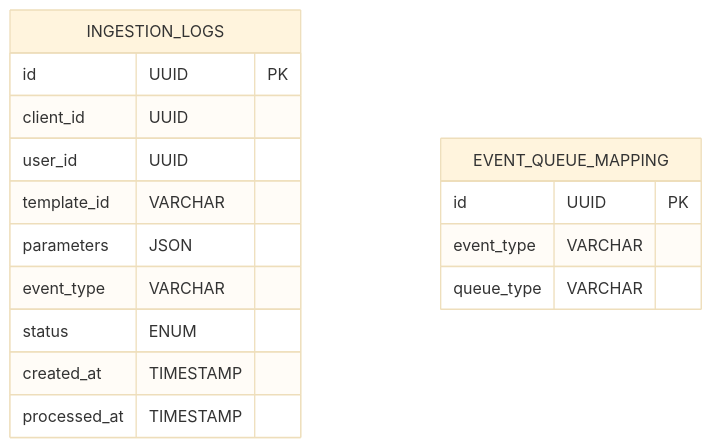
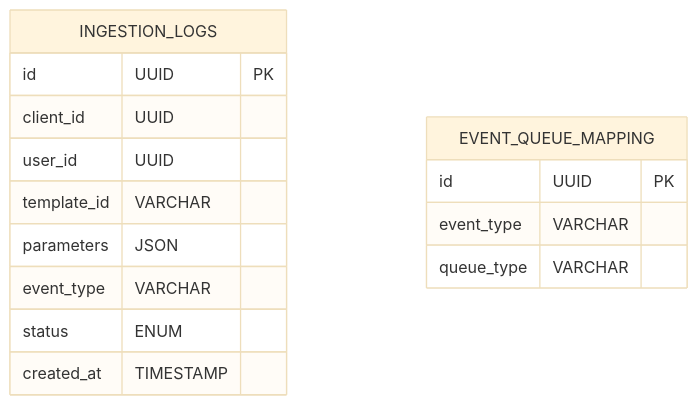
One commit to surajs1n/central-notification-system changed the diagram in design-docs/services/IngestionService.md. Above: the diagram before and after it, drawn with Mermaid (base theme). The commit also changed other lines of this file and 6 other files, not shown here.

````diff
--- a/design-docs/services/IngestionService.md
+++ b/design-docs/services/IngestionService.md
@@ -21,20 +21,19 @@
 ```mermaid
 erDiagram
     INGESTION_LOGS {
         id UUID PK
         client_id UUID
         user_id UUID
         template_id VARCHAR
         parameters JSON
         event_type VARCHAR
         status ENUM
         created_at TIMESTAMP
-        processed_at TIMESTAMP
     }
     
     EVENT_QUEUE_MAPPING {
         id UUID PK
         event_type VARCHAR
         queue_type VARCHAR
     }
 ```
````
